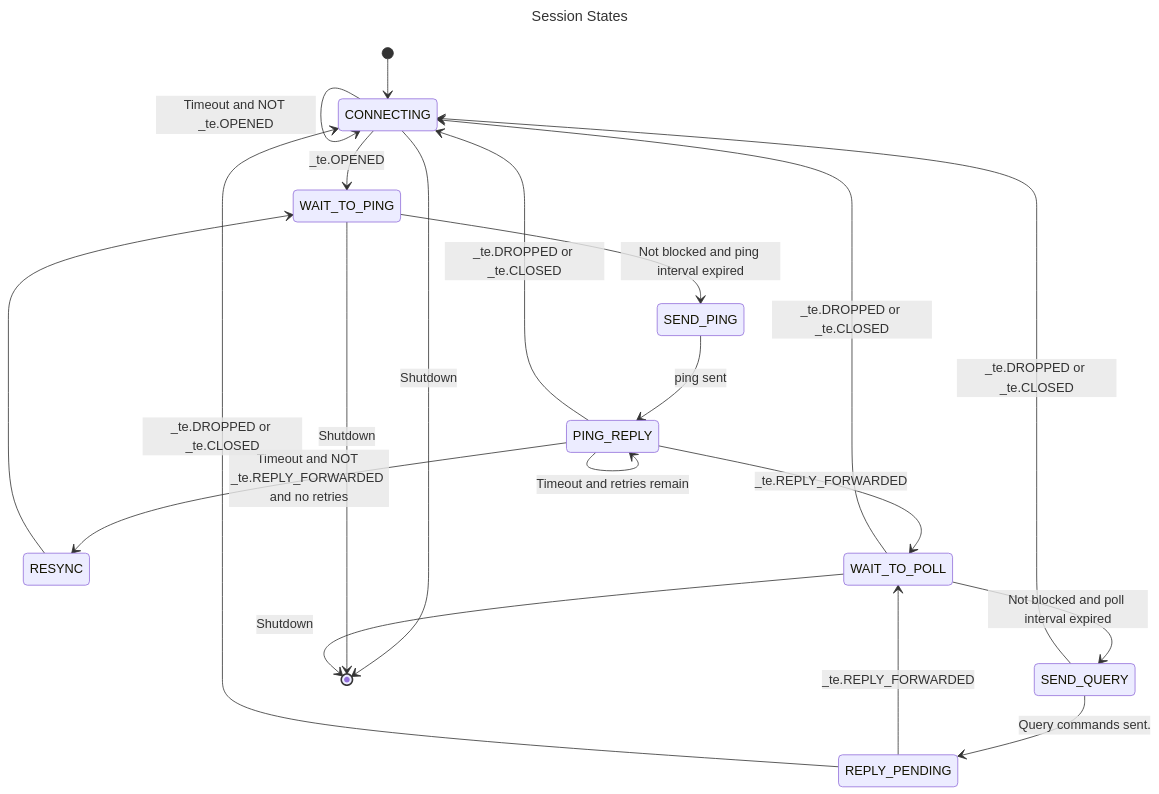
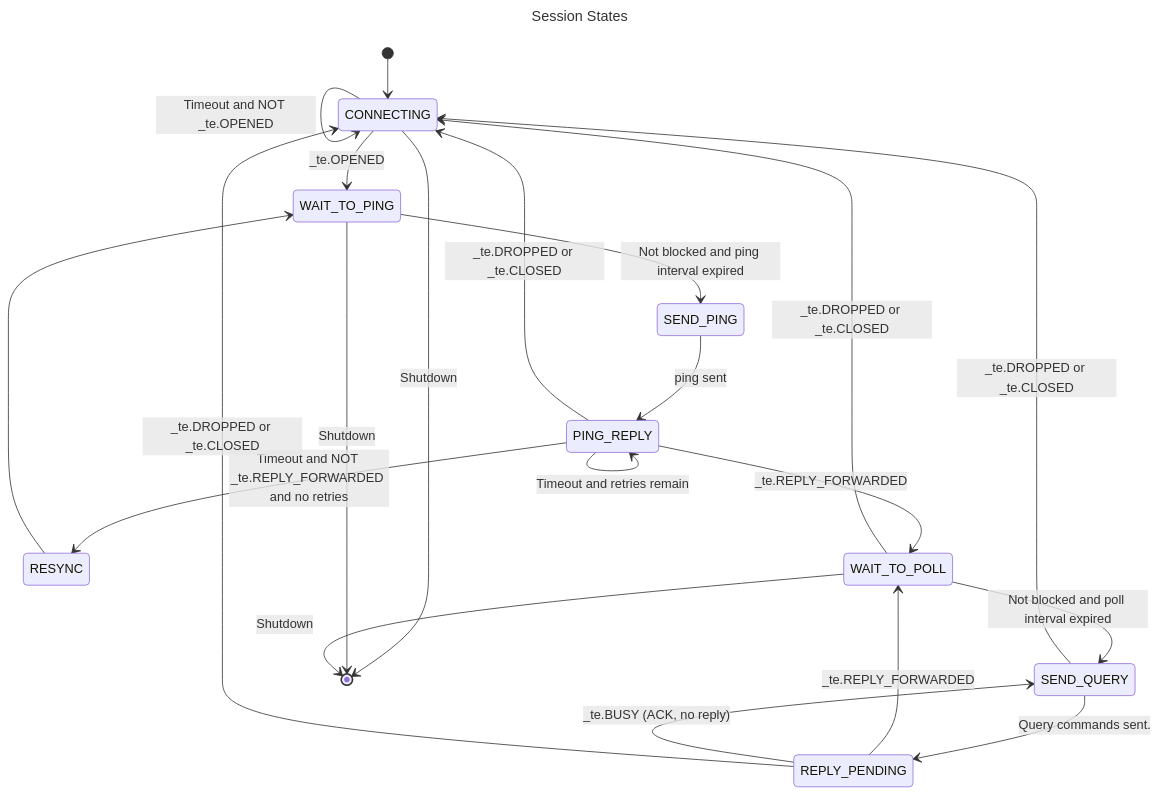
The second of 3 diagrams in docs/designs/RuidaDriver-design.md (StevenIsaacs/ruida-pa), drawn with Mermaid before and after one commit. The commit also changed other lines of this file and 9 other files, not shown here.

````diff
--- a/docs/designs/RuidaDriver-design.md
+++ b/docs/designs/RuidaDriver-design.md
@@ -272,44 +273,45 @@
 ```mermaid
 ---
 title: Session States
 ---
 stateDiagram-v2
 	[*] --> CONNECTING
 	CONNECTING --> WAIT_TO_PING: _te.OPENED
 	CONNECTING --> CONNECTING: Timeout and NOT _te.OPENED
 	
 	WAIT_TO_PING --> SEND_PING: Not blocked and ping interval expired
 	
 	%% Entry to SEND_PING
 	%% Send ping command
 	SEND_PING --> PING_REPLY: ping sent
 	
 	%% Entry to PING_REPLY
 	%% Set retry counter to allow for physical home
 	%% Retry counter is decremented each time PING_REPLY is entered
 	PING_REPLY --> PING_REPLY: Timeout and retries remain
 	PING_REPLY --> CONNECTING: _te.DROPPED or _te.CLOSED
 	PING_REPLY --> RESYNC: Timeout and NOT _te.REPLY_FORWARDED and no retries
 	PING_REPLY --> WAIT_TO_POLL: _te.REPLY_FORWARDED
 
 	%% Entry to RESYNC
 	%% Drain the underlying transport
 	RESYNC --> WAIT_TO_PING:	
 	
 	%% Entry to WAIT_TO_POLL
 	%% Wait for poll interval time
 	%% Wait until NOT blocked
 	WAIT_TO_POLL --> SEND_QUERY: Not blocked and poll interval expired
 	WAIT_TO_POLL --> CONNECTING: _te.DROPPED or _te.CLOSED
 	
 	%% Entry to SEND_QUERY
 	%% Send status query commands
 	SEND_QUERY --> CONNECTING:  _te.DROPPED or _te.CLOSED
 	SEND_QUERY --> REPLY_PENDING: Query commands sent.
 	
 	REPLY_PENDING --> WAIT_TO_POLL: _te.REPLY_FORWARDED
+	REPLY_PENDING --> SEND_QUERY: _te.BUSY (ACK, no reply)
 	REPLY_PENDING --> CONNECTING: _te.DROPPED or _te.CLOSED
 	CONNECTING --> [*]: Shutdown
 	WAIT_TO_PING --> [*]: Shutdown
 	WAIT_TO_POLL --> [*]: Shutdown
 ```
````
